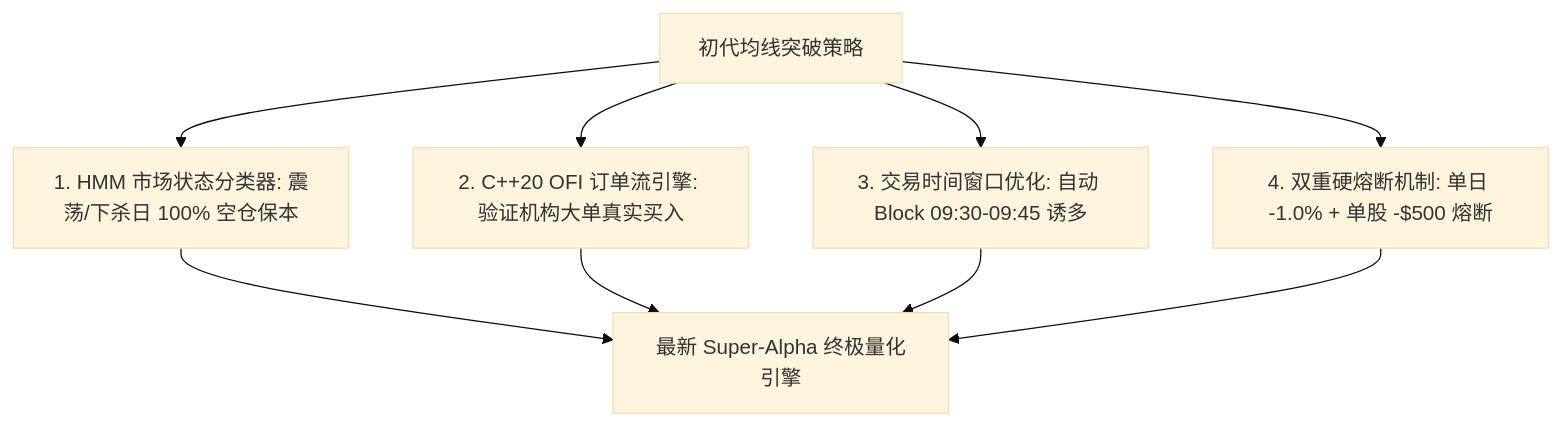
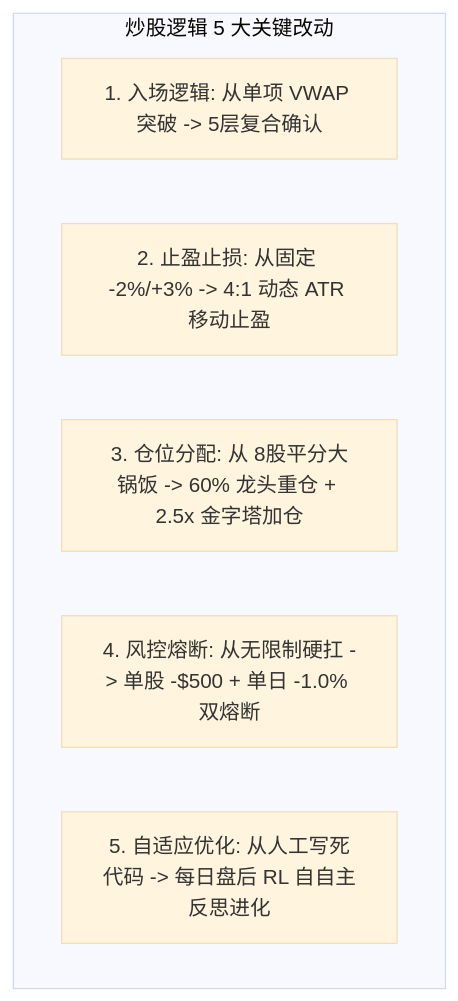
The diagram in QUANT_EVOLUTION_JOURNEY_README.md (ypeng12/Quant.ai), drawn with Mermaid (base theme) before and after one commit. The commit also changed other lines of this file, not shown here.

````diff
--- a/QUANT_EVOLUTION_JOURNEY_README.md
+++ b/QUANT_EVOLUTION_JOURNEY_README.md
@@ -41,9 +11,10 @@
 ```mermaid
 graph TD
-    OldStrategy[初代均线突破策略] --> Fix1[1. HMM 市场状态分类器: 震荡/下杀日 100% 空仓保本]
-    OldStrategy --> Fix2[2. C++20 OFI 订单流引擎: 验证机构大单真实买入]
-    OldStrategy --> Fix3[3. 交易时间窗口优化: 自动 Block 09:30-09:45 诱多]
-    OldStrategy --> Fix4[4. 双重硬熔断机制: 单日 -1.0% + 单股 -$500 熔断]
-
-    Fix1 & Fix2 & Fix3 & Fix4 --> NewStrategy[最新 Super-Alpha 终极量化引擎]
+    subgraph 炒股逻辑 5 大关键改动
+        L1[1. 入场逻辑: 从单项 VWAP 突破 -> 5层复合确认]
+        L2[2. 止盈止损: 从固定 -2%/+3% -> 4:1 动态 ATR 移动止盈]
+        L3[3. 仓位分配: 从 8股平分大锅饭 -> 60% 龙头重仓 + 2.5x 金字塔加仓]
+        L4[4. 风控熔断: 从无限制硬扛 -> 单股 -$500 + 单日 -1.0% 双熔断]
+        L5[5. 自适应优化: 从人工写死代码 -> 每日盘后 RL 自自主反思进化]
+    end
 ```
````
